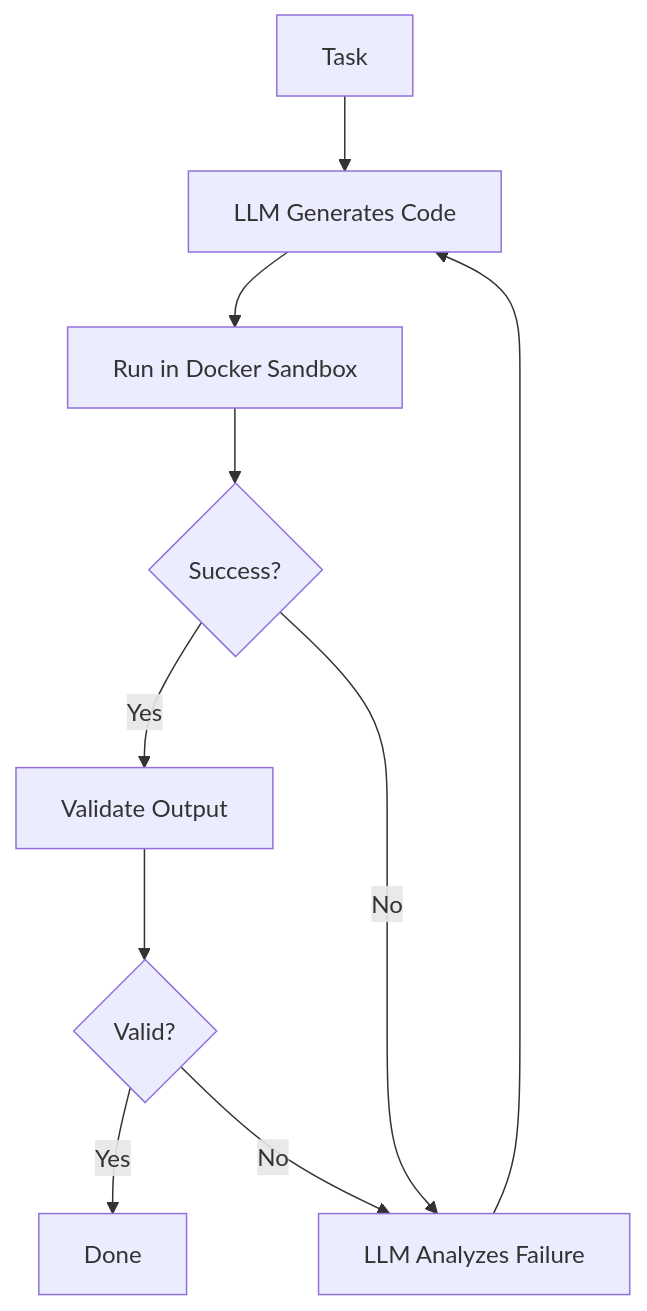
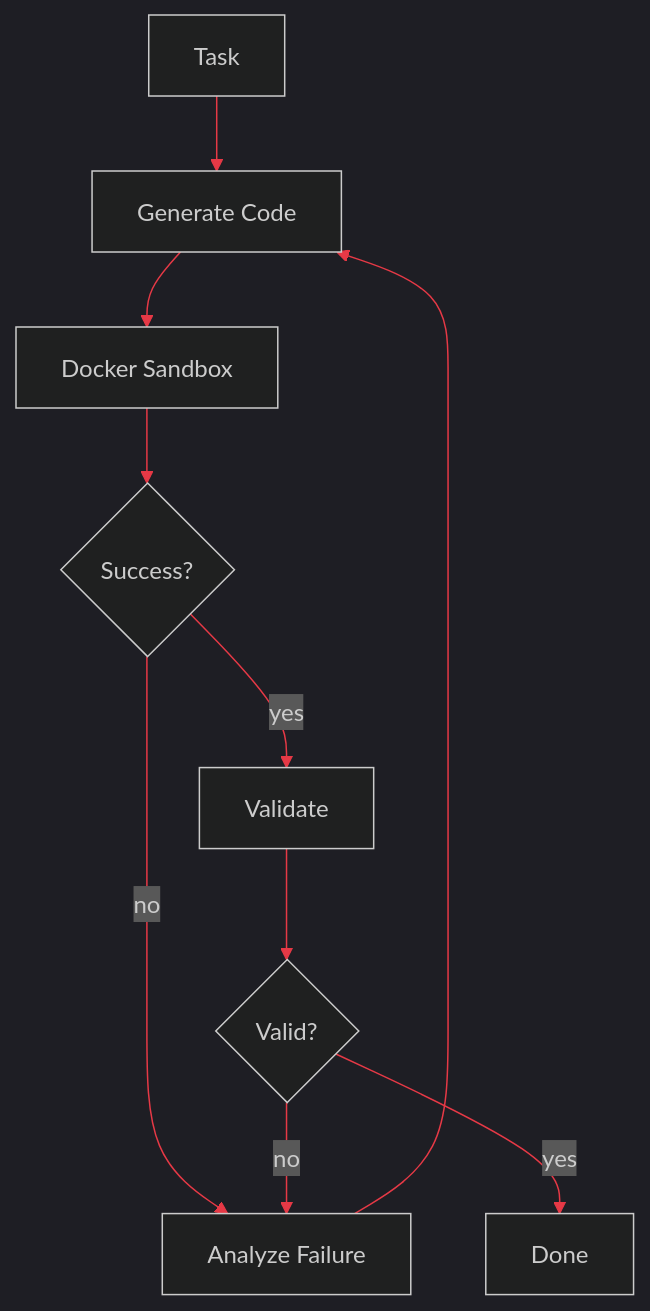
Before and after one commit to ruthcaroliine/ruthcaroliine: the fourth of 4 diagrams in README.md, drawn with Mermaid. The commit also changed other lines of this file, not shown here.

````diff
--- a/README.md
+++ b/README.md
@@ -74,12 +91,13 @@
 ```mermaid
+%%{init: {'theme':'dark', 'themeVariables': {'primaryColor':'#000000','primaryTextColor':'#ffffff','primaryBorderColor':'#E63946','lineColor':'#E63946','tertiaryColor':'#000000'}}}%%
 flowchart TD
-    A[Task] --> B[LLM Generates Code]
-    B --> C[Run in Docker Sandbox]
+    A[Task] --> B[Generate Code]
+    B --> C[Docker Sandbox]
     C --> D{Success?}
-    D -- Yes --> E[Validate Output]
-    D -- No --> F[LLM Analyzes Failure]
+    D -->|no| F[Analyze Failure]
     F --> B
+    D -->|yes| E[Validate]
     E --> G{Valid?}
-    G -- Yes --> H[Done]
-    G -- No --> F
+    G -->|no| F
+    G -->|yes| H[Done]
 ```
````
